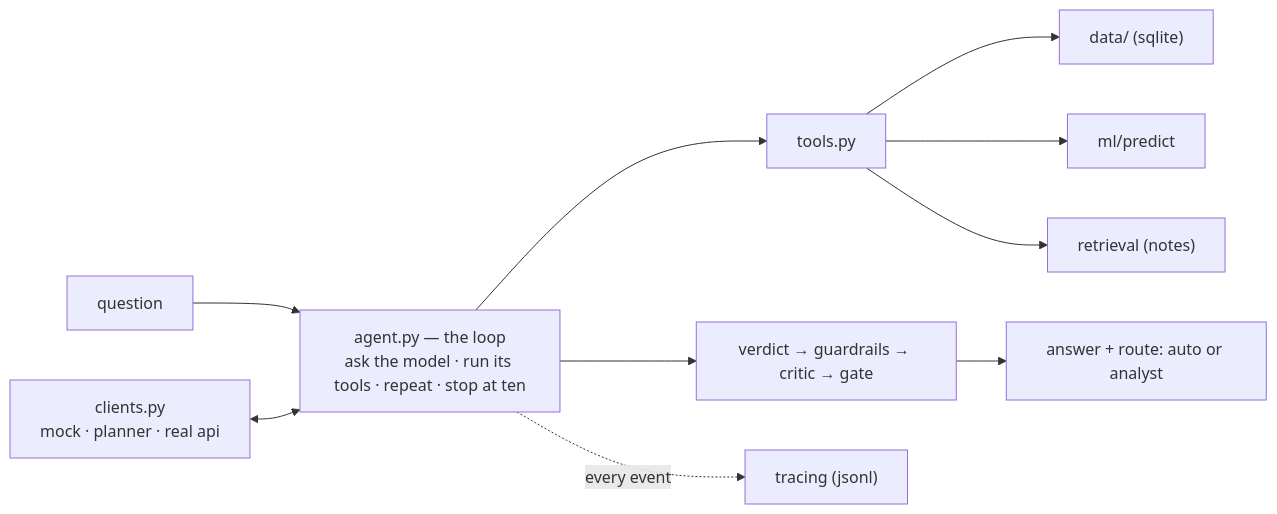
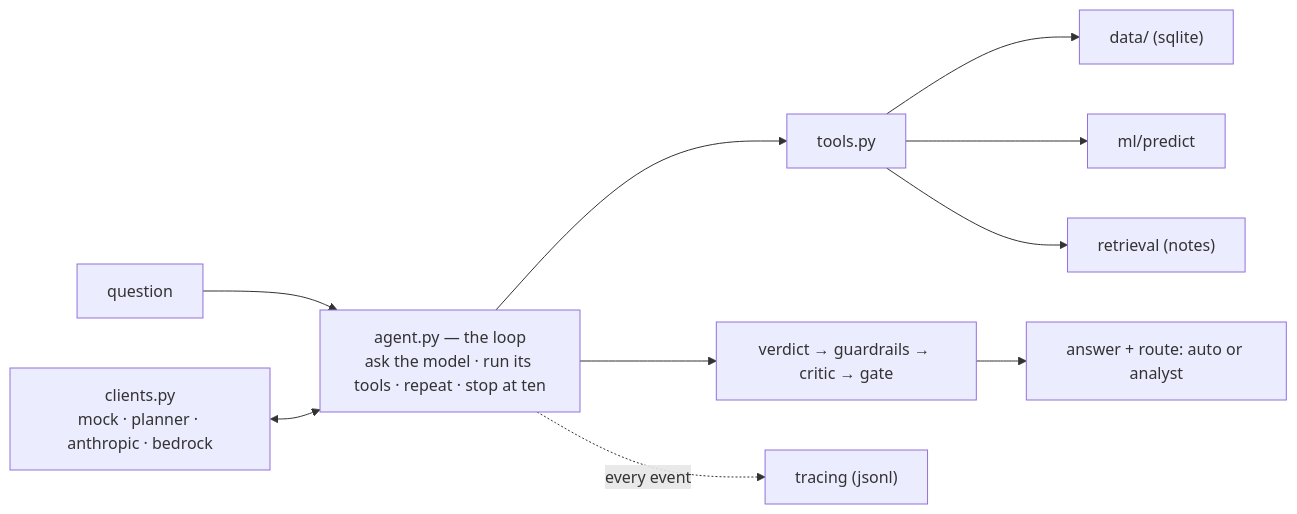
The diagram in README.md (blakecodex/bright-agent), drawn with Mermaid before and after one commit. The commit also changed other lines of this file, not shown here.

Commit message:
aws bedrock layer -- add clients.py to the layout, name all four deciders

````diff
--- a/README.md
+++ b/README.md
@@ -51,12 +52,12 @@
 ```mermaid
 flowchart LR
     Q["question"] --> L["agent.py — the loop<br/>ask the model · run its tools · repeat · stop at ten"]
-    M["clients.py<br/>mock · planner · real api"] <--> L
+    M["clients.py<br/>mock · planner · anthropic · bedrock"] <--> L
     L --> T["tools.py"]
     T --> D["data/ (sqlite)"]
     T --> P["ml/predict"]
     T --> R["retrieval (notes)"]
     L --> V["verdict → guardrails → critic → gate"]
     V --> A["answer + route: auto or analyst"]
     L -. every event .-> X["tracing (jsonl)"]
 ```
````
